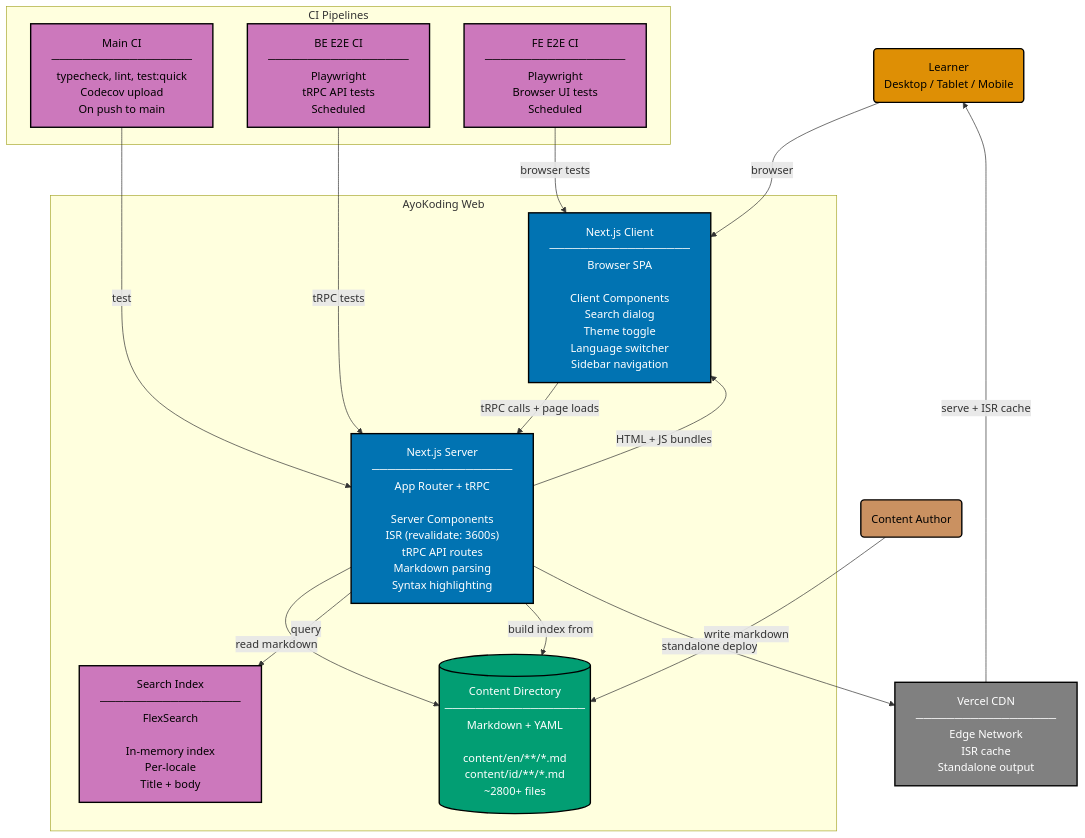
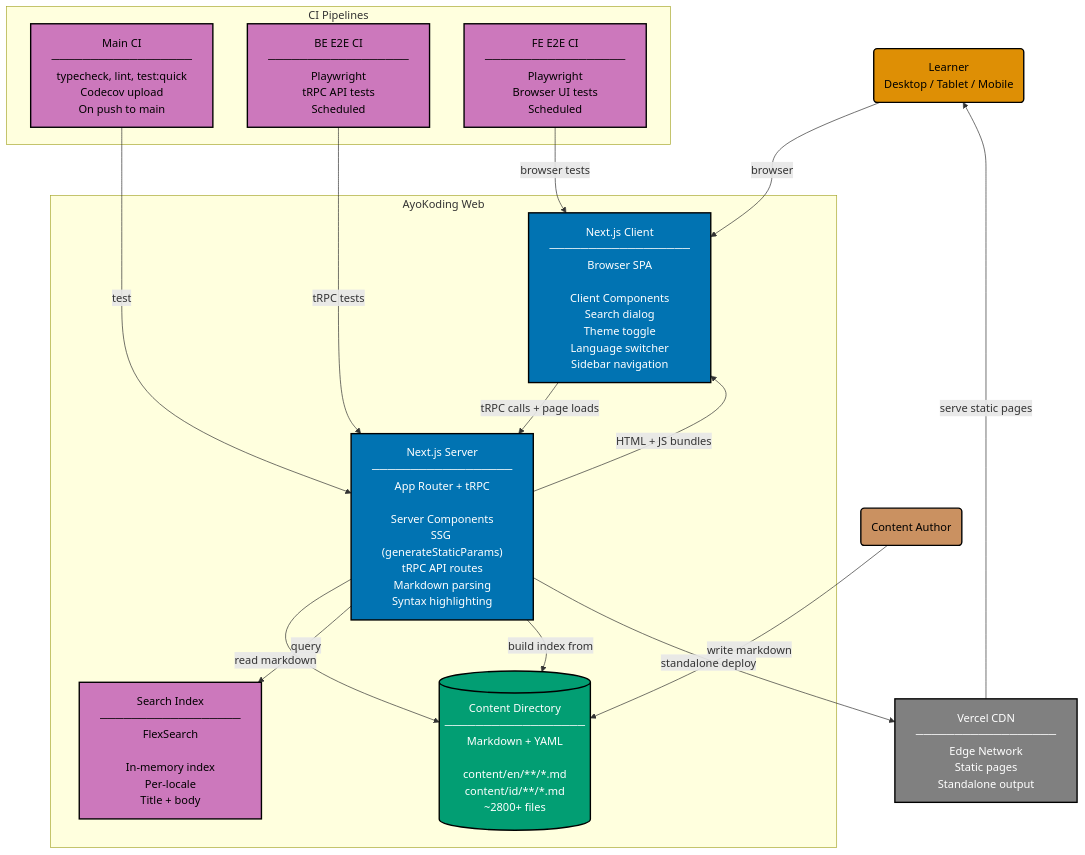
The diagram in specs/apps/ayokoding-web/c4/container.md (wahidyankf/open-sharia-enterprise), drawn with Mermaid before and after one commit. The commit also changed other lines of this file and 7 other files, not shown here.

First line of the commit message:
feat(ayokoding-web): convert content pages from ISR to full SSG

````diff
--- a/specs/apps/ayokoding-web/c4/container.md
+++ b/specs/apps/ayokoding-web/c4/container.md
@@ -11,51 +11,51 @@
 ```mermaid
 %% Color Palette: Blue #0173B2 | Orange #DE8F05 | Teal #029E73 | Purple #CC78BC | Brown #CA9161 | Gray #808080
 graph TD
     LEARNER("Learner<br/>Desktop / Tablet / Mobile"):::actor
     AUTHOR("Content Author"):::actor_author
 
     subgraph SYSTEM["AyoKoding Web"]
-        SSR["Next.js Server<br/>──────────────────<br/>App Router + tRPC<br/><br/>Server Components<br/>ISR (revalidate: 3600s)<br/>tRPC API routes<br/>Markdown parsing<br/>Syntax highlighting"]:::container_be
+        SSR["Next.js Server<br/>──────────────────<br/>App Router + tRPC<br/><br/>Server Components<br/>SSG (generateStaticParams)<br/>tRPC API routes<br/>Markdown parsing<br/>Syntax highlighting"]:::container_be
 
         CLIENT["Next.js Client<br/>──────────────────<br/>Browser SPA<br/><br/>Client Components<br/>Search dialog<br/>Theme toggle<br/>Language switcher<br/>Sidebar navigation"]:::container_fe
 
         CONTENT[("Content Directory<br/>──────────────────<br/>Markdown + YAML<br/><br/>content/en/**/*.md<br/>content/id/**/*.md<br/>~2800+ files")]:::datastore
 
         SEARCH["Search Index<br/>──────────────────<br/>FlexSearch<br/><br/>In-memory index<br/>Per-locale<br/>Title + body"]:::search
     end
 
     subgraph CICD["CI Pipelines"]
         MAIN_CI["Main CI<br/>──────────────────<br/>typecheck, lint, test:quick<br/>Codecov upload<br/>On push to main"]:::ci
 
         BE_E2E["BE E2E CI<br/>──────────────────<br/>Playwright<br/>tRPC API tests<br/>Scheduled"]:::ci
 
         FE_E2E["FE E2E CI<br/>──────────────────<br/>Playwright<br/>Browser UI tests<br/>Scheduled"]:::ci
     end
 
-    VERCEL["Vercel CDN<br/>──────────────────<br/>Edge Network<br/>ISR cache<br/>Standalone output"]:::infra
+    VERCEL["Vercel CDN<br/>──────────────────<br/>Edge Network<br/>Static pages<br/>Standalone output"]:::infra
 
     LEARNER -->|"browser"| CLIENT
     AUTHOR -->|"write markdown"| CONTENT
 
     CLIENT -->|"tRPC calls + page loads"| SSR
     SSR -->|"read markdown"| CONTENT
     SSR -->|"query"| SEARCH
     SSR -->|"build index from"| CONTENT
     SSR -->|"HTML + JS bundles"| CLIENT
 
     SSR -->|"standalone deploy"| VERCEL
-    VERCEL -->|"serve + ISR cache"| LEARNER
+    VERCEL -->|"serve static pages"| LEARNER
 
     MAIN_CI -->|"test"| SSR
     BE_E2E -->|"tRPC tests"| SSR
     FE_E2E -->|"browser tests"| CLIENT
 
     classDef actor fill:#DE8F05,stroke:#000000,color:#000000,stroke-width:2px
     classDef actor_author fill:#CA9161,stroke:#000000,color:#000000,stroke-width:2px
     classDef container_be fill:#0173B2,stroke:#000000,color:#FFFFFF,stroke-width:2px
     classDef container_fe fill:#0173B2,stroke:#000000,color:#FFFFFF,stroke-width:2px
     classDef datastore fill:#029E73,stroke:#000000,color:#FFFFFF,stroke-width:2px
     classDef search fill:#CC78BC,stroke:#000000,color:#000000,stroke-width:2px
     classDef infra fill:#808080,stroke:#000000,color:#FFFFFF,stroke-width:2px
     classDef ci fill:#CC78BC,stroke:#000000,color:#000000,stroke-width:2px
 ```
````
